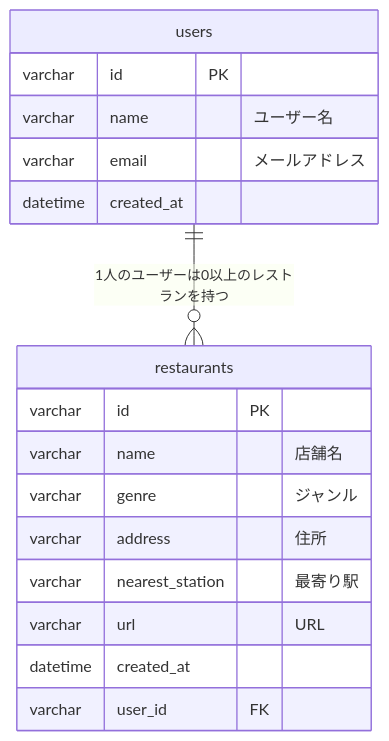
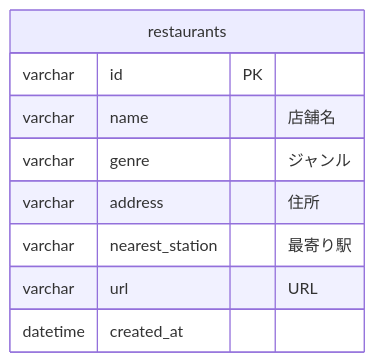
One commit to taga3s/pecopeco changed the diagram in docs/db/mermaid.md. Above: the diagram before and after it, drawn with Mermaid. The commit also changed 4 other files, not shown here.

````diff
--- a/docs/db/mermaid.md
+++ b/docs/db/mermaid.md
@@ -1,20 +1,12 @@
 ```mermaid
 erDiagram
-  users {
-    varchar id PK
-    varchar name "ユーザー名"
-    varchar email "メールアドレス"
-    datetime created_at
-  }
   restaurants {
     varchar id PK
     varchar name "店舗名"
     varchar genre "ジャンル"
     varchar address "住所"
     varchar nearest_station "最寄り駅"
     varchar url  "URL"
     datetime created_at
-    varchar user_id FK
   }
-  users ||--o{ restaurants : "1人のユーザーは0以上のレストランを持つ"
 ```
````
